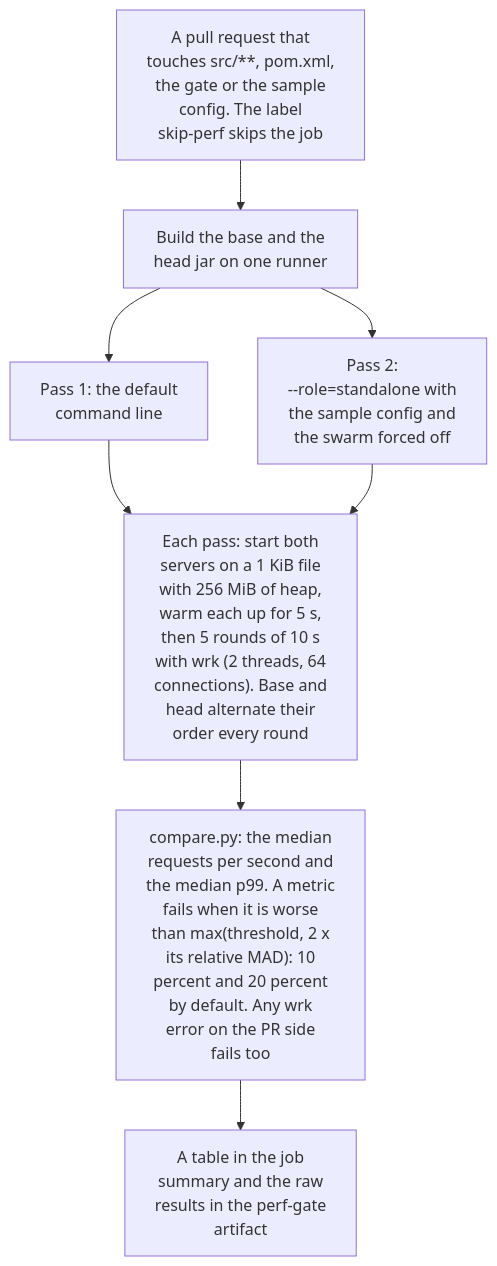
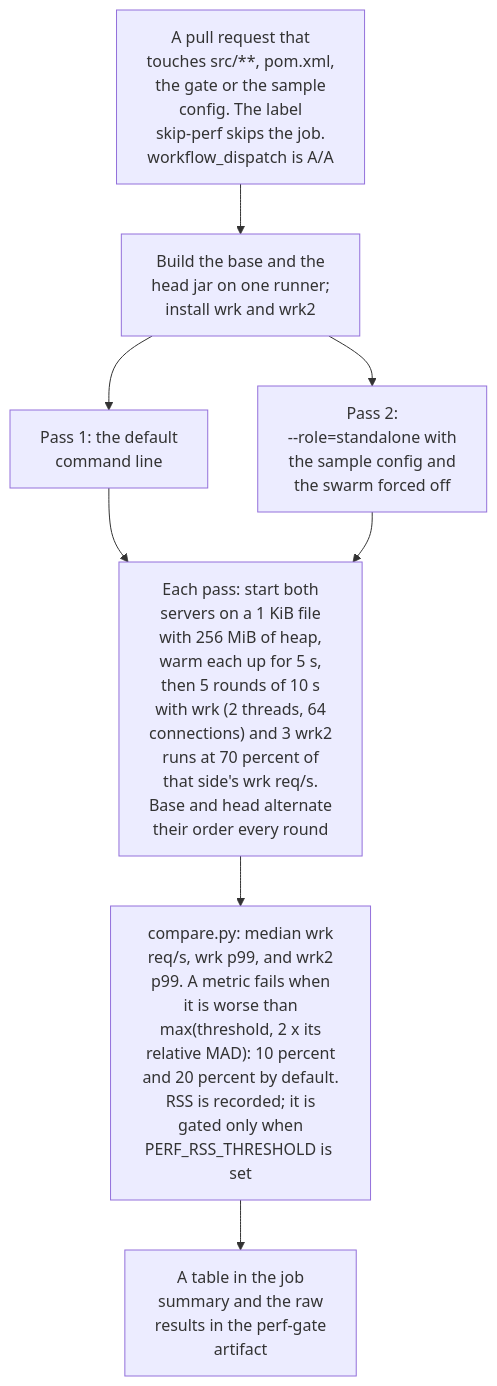
The diagram in docs/development/perf-gate.md (BlivionIaG/sjws_nettask), drawn with Mermaid before and after one commit. The commit also changed other lines of this file and 10 other files, not shown here.

First line of the commit message:
ci(perf-gate): add wrk2 p99 and RSS recording

````diff
--- a/docs/development/perf-gate.md
+++ b/docs/development/perf-gate.md
@@ -19,10 +31,10 @@
 ```mermaid
 flowchart TB
-    pr["A pull request that<br/>touches src/**, pom.xml,<br/>the gate or the sample<br/>config. The label<br/>skip-perf skips the job"] --> b["Build the base and the<br/>head jar on one runner"]
+    pr["A pull request that<br/>touches src/**, pom.xml,<br/>the gate or the sample<br/>config. The label<br/>skip-perf skips the job.<br/>workflow_dispatch is A/A"] --> b["Build the base and the<br/>head jar on one runner;<br/>install wrk and wrk2"]
     b --> p1["Pass 1: the default<br/>command line"]
     b --> p2["Pass 2:<br/>--role=standalone with<br/>the sample config and<br/>the swarm forced off"]
-    p1 --> r["Each pass: start both<br/>servers on a 1 KiB file<br/>with 256 MiB of heap,<br/>warm each up for 5 s,<br/>then 5 rounds of 10 s<br/>with wrk (2 threads, 64<br/>connections). Base and<br/>head alternate their<br/>order every round"]
+    p1 --> r["Each pass: start both<br/>servers on a 1 KiB file<br/>with 256 MiB of heap,<br/>warm each up for 5 s,<br/>then 5 rounds of 10 s<br/>with wrk (2 threads, 64<br/>connections) and 3 wrk2<br/>runs at 70 percent of<br/>that side's wrk req/s.<br/>Base and head alternate<br/>their order every round"]
     p2 --> r
-    r --> c["compare.py: the median<br/>requests per second and<br/>the median p99. A metric<br/>fails when it is worse<br/>than max(threshold, 2 x<br/>its relative MAD): 10<br/>percent and 20 percent<br/>by default. Any wrk<br/>error on the PR side<br/>fails too"]
+    r --> c["compare.py: median wrk<br/>req/s, wrk p99, and wrk2<br/>p99. A metric fails when<br/>it is worse than<br/>max(threshold, 2 x its<br/>relative MAD): 10 percent<br/>and 20 percent by default.<br/>RSS is recorded; it is<br/>gated only when<br/>PERF_RSS_THRESHOLD is set"]
     c --> o["A table in the job<br/>summary and the raw<br/>results in the perf-gate<br/>artifact"]
 ```
````
